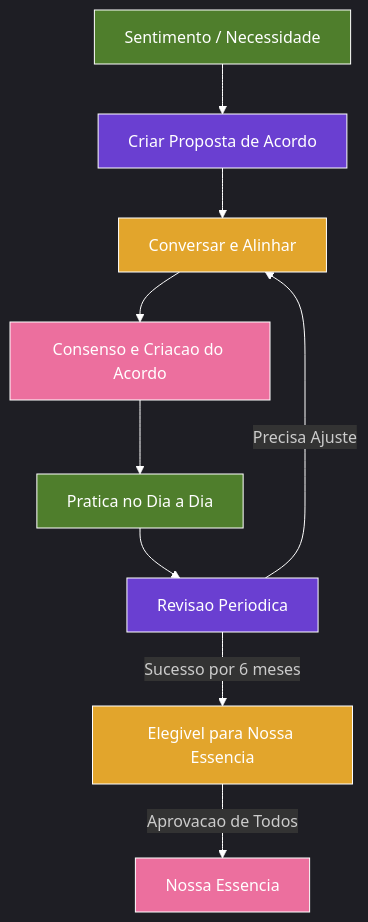
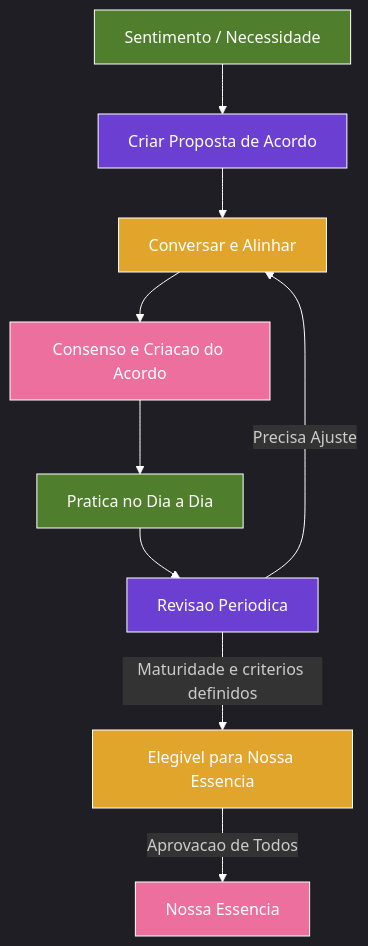
Before and after one commit to efraimrsilva/nos: the diagram in Documentacao_Projeto_Nos/Projeto_Nos_v1.1_Visao_e_Regras_de_Negocio.md, drawn with Mermaid. The commit also changed other lines of this file and 23 other files, not shown here.

````diff
--- a/Documentacao_Projeto_Nos/Projeto_Nos_v1.1_Visao_e_Regras_de_Negocio.md
+++ b/Documentacao_Projeto_Nos/Projeto_Nos_v1.1_Visao_e_Regras_de_Negocio.md
@@ -322,20 +323,20 @@
 ```mermaid
 %%{init: {'theme': 'dark', 'themeVariables': { 'primaryColor': '#fff', 'primaryTextColor': '#fff', 'primaryBorderColor': '#fff', 'lineColor': '#fff', 'secondaryColor': '#fff', 'tertiaryColor': '#fff', 'background': '#000', 'mainBkg': '#333', 'nodeBorder': '#fff', 'clusterBkg': '#333', 'clusterBorder': '#fff', 'titleColor': '#fff', 'edgeLabelBackground': '#333', 'tertiaryBorderColor': '#fff', 'fontFamily': 'arial'}}}%%
 graph TD
     A[Sentimento / Necessidade] --> B[Criar Proposta de Acordo]
     B --> C[Conversar e Alinhar]
     C --> D[Consenso e Criacao do Acordo]
     D --> E[Pratica no Dia a Dia]
     E --> F[Revisao Periodica]
     F -->|Precisa Ajuste| C
-    F -->|Sucesso por 6 meses| G[Elegivel para Nossa Essencia]
+    F -->|Maturidade e criterios definidos| G[Elegivel para Nossa Essencia]
     G -->|Aprovacao de Todos| H[Nossa Essencia]
     style A fill:#4F7E2C,stroke:#fff,color:#fff
     style B fill:#6A3FD1,stroke:#fff,color:#fff
     style C fill:#E2A52C,stroke:#fff,color:#fff
     style D fill:#EC6F9E,stroke:#fff,color:#fff
     style E fill:#4F7E2C,stroke:#fff,color:#fff
     style F fill:#6A3FD1,stroke:#fff,color:#fff
     style G fill:#E2A52C,stroke:#fff,color:#fff
     style H fill:#EC6F9E,stroke:#fff,color:#fff
 ```
````
